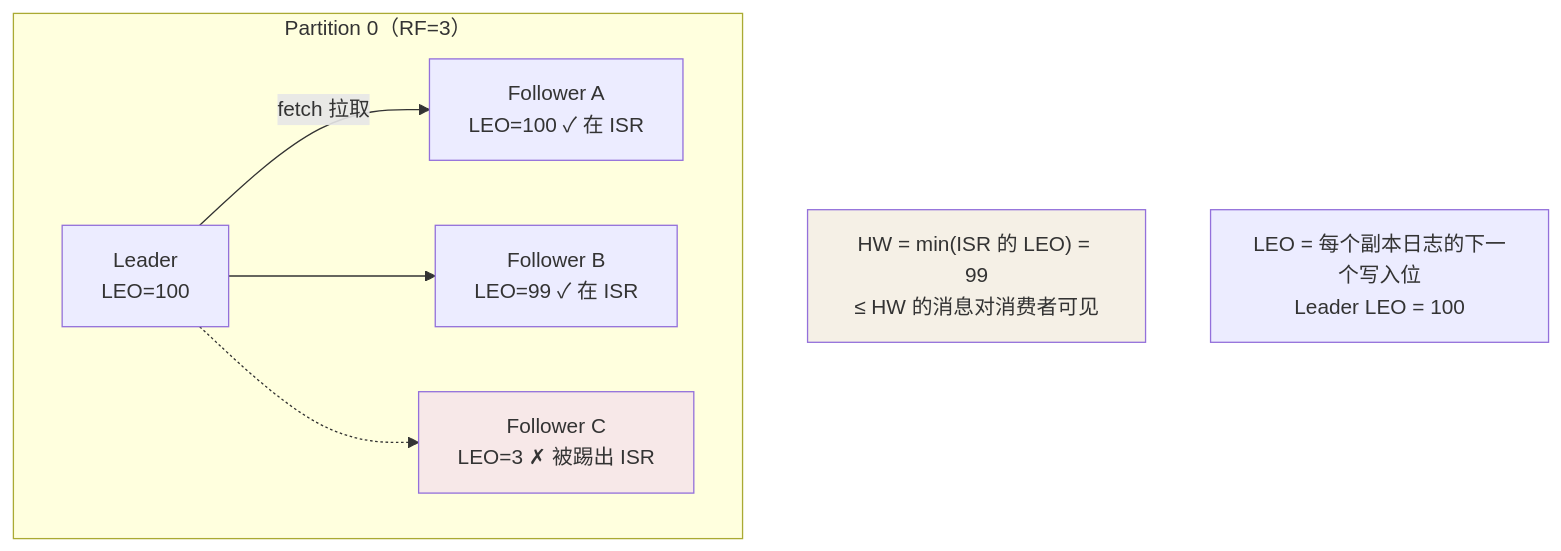
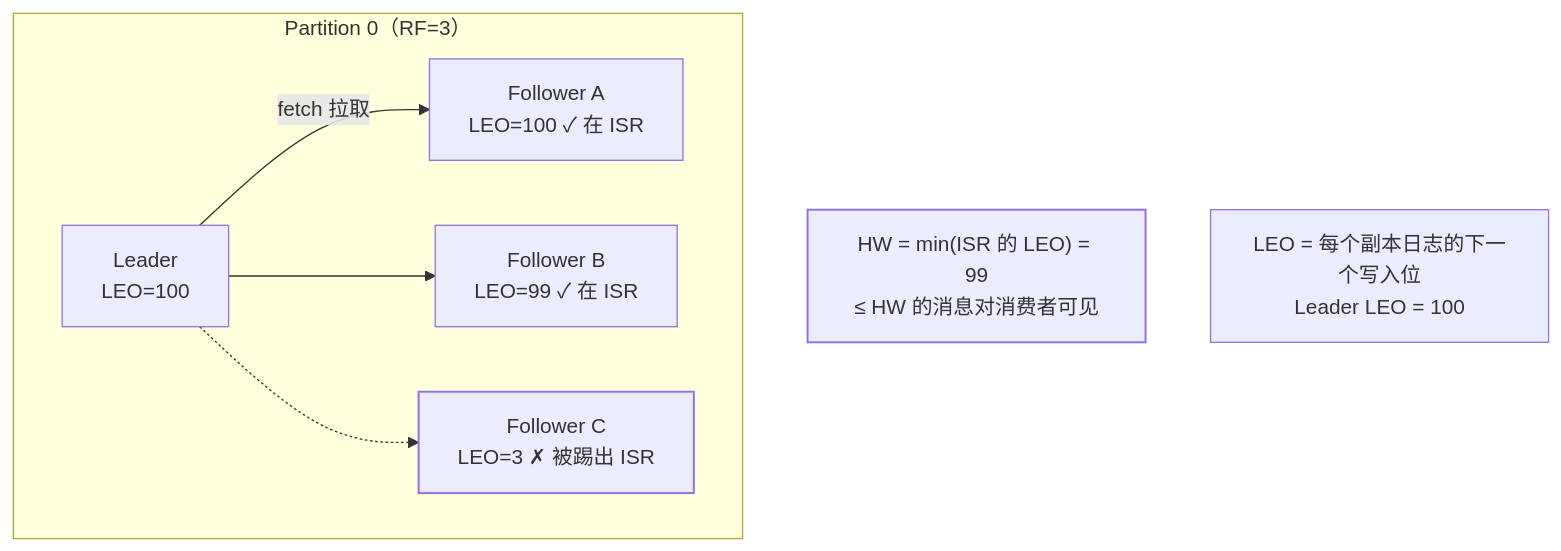
Before and after one commit to Loadhao/ascension: the diagram in src/content/docs/kafka/intermediate/core/02-replica-isr.md, drawn with Mermaid. The commit also changed 87 other files, not shown here.

First line of the commit message:
fix: 全站图表配色改由主题接管，修复暗色主题下浅底浅字看不清

````diff
--- a/src/content/docs/kafka/intermediate/core/02-replica-isr.md
+++ b/src/content/docs/kafka/intermediate/core/02-replica-isr.md
@@ -21,13 +21,15 @@
 ```mermaid
 flowchart TB
     subgraph PARTITION["Partition 0（RF=3）"]
         L["Leader<br/>LEO=100"] -->|"fetch 拉取"| F1["Follower A<br/>LEO=100 ✓ 在 ISR"]
         L --> F2["Follower B<br/>LEO=99   ✓ 在 ISR"]
         L -.-> F3["Follower C<br/>LEO=3   ✗ 被踢出 ISR"]
     end
     HW["HW = min(ISR 的 LEO) = 99<br/>≤ HW 的消息对消费者可见"]
     LEO["LEO = 每个副本日志的下一个写入位<br/>Leader LEO = 100"]
 
-    style F3 fill:#f7e8e8
-    style HW fill:#f5f0e6
+    class F3 bad
+    class HW hl
+    classDef bad stroke-width:1.5px
+    classDef hl stroke-width:1.5px
 ```
````
